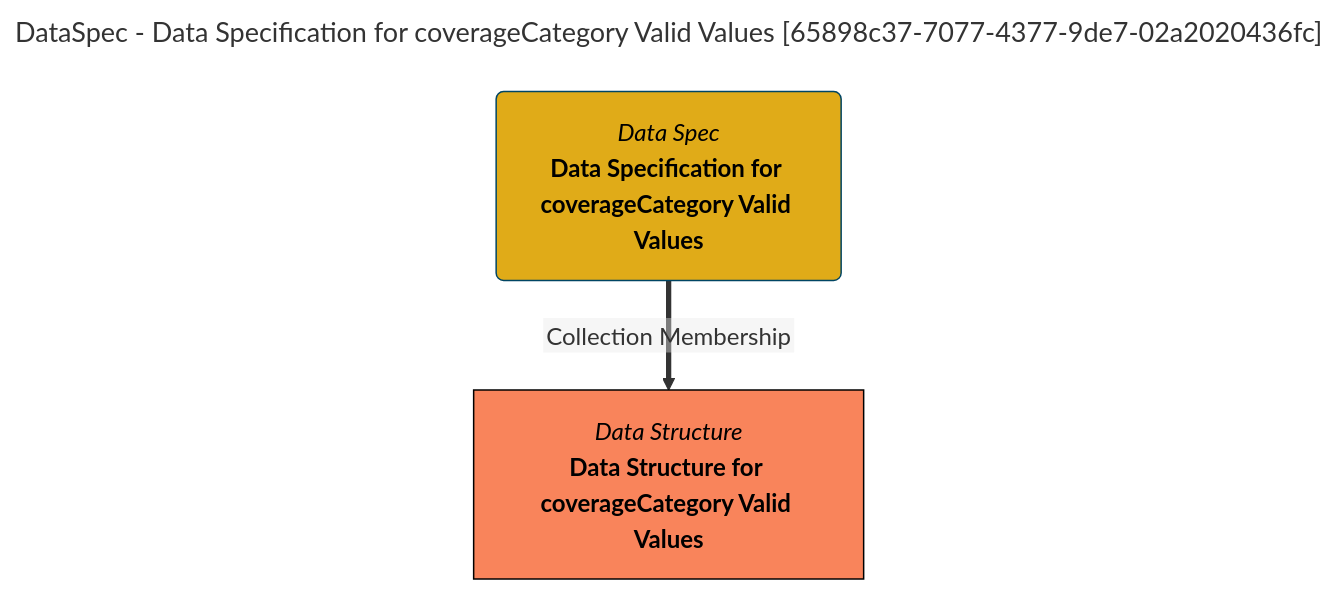
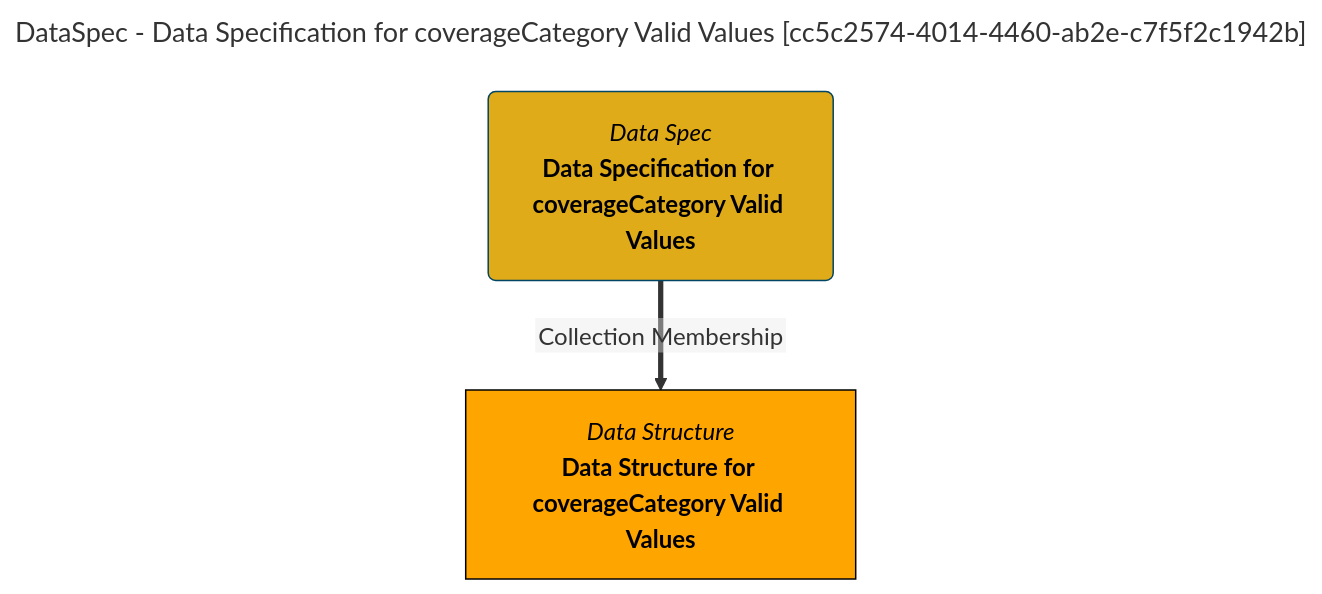
The diagram in site/snippets/collections/data-specs/data-specification-for-coveragecategory-valid-values-mermaid-graph.md (odpi/egeria-docs), drawn with Mermaid before and after one commit. The commit also changed 2201 other files, not shown here.

````diff
--- a/site/snippets/collections/data-specs/data-specification-for-coveragecategory-valid-values-mermaid-graph.md
+++ b/site/snippets/collections/data-specs/data-specification-for-coveragecategory-valid-values-mermaid-graph.md
@@ -1,15 +1,15 @@
 ```mermaid
 ---
-title: DataSpec - Data Specification for coverageCategory Valid Values [65898c37-7077-4377-9de7-02a2020436fc]
+title: DataSpec - Data Specification for coverageCategory Valid Values [cc5c2574-4014-4460-ab2e-c7f5f2c1942b]
 ---
 flowchart TD
 %%{init: {"flowchart": {"htmlLabels": false}} }%%
 
 1@{ shape: rounded, label: "*Data Spec*
 **Data Specification for coverageCategory Valid Values**"}
 2@{ shape: rect, label: "*Data Structure*
 **Data Structure for coverageCategory Valid Values**"}
 1==>|"Collection Membership"|2
 style 1 color:#000000, fill:#e0ab18, stroke:#004563
-style 2 color:#000000, fill:#f9845b, stroke:#000000
+style 2 color:#000000, fill:#FFA500, stroke:#000000
 ```
````
